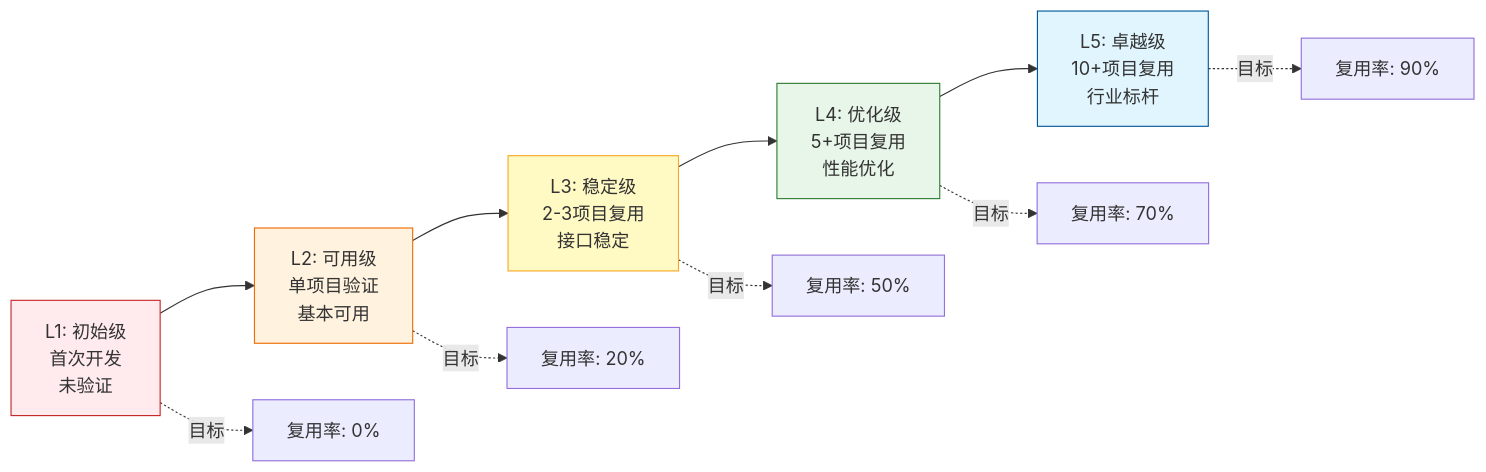
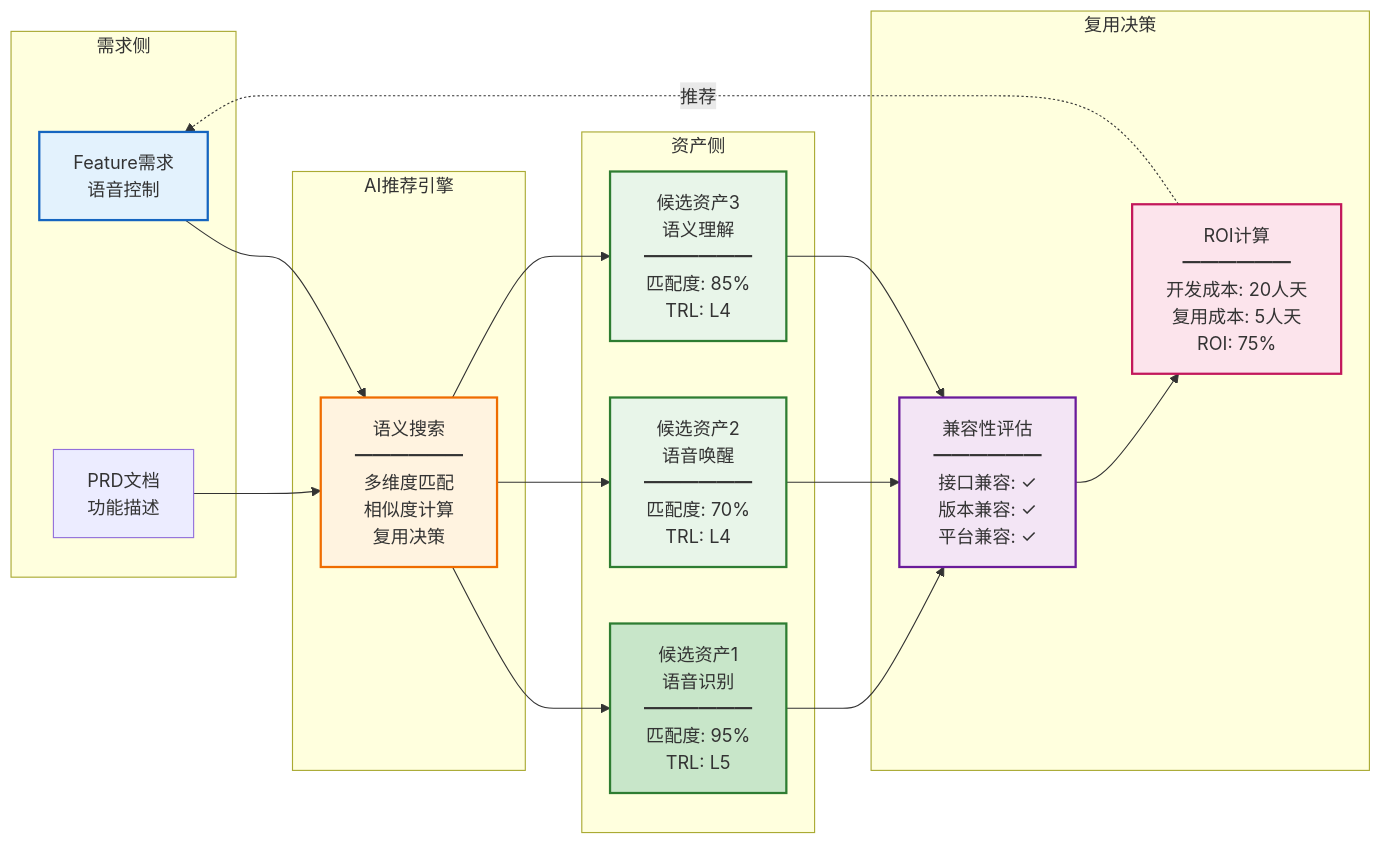
Before and after one commit to zjx-immersion/auto-rd-platform-prototype: diagram 14 of 30 in platform-design/AUTO_RD_PLATFORM_DESIGN_MERMAID.md, drawn with Mermaid. The commit also changed other lines of this file, not shown here.

````diff
--- a/platform-design/AUTO_RD_PLATFORM_DESIGN_MERMAID.md
+++ b/platform-design/AUTO_RD_PLATFORM_DESIGN_MERMAID.md
@@ -800,19 +563,39 @@
 ```mermaid
 graph LR
-    L1[L1: 初始级<br/>首次开发<br/>未验证] --> L2[L2: 可用级<br/>单项目验证<br/>基本可用]
-    L2 --> L3[L3: 稳定级<br/>2-3项目复用<br/>接口稳定]
-    L3 --> L4[L4: 优化级<br/>5+项目复用<br/>性能优化]
-    L4 --> L5[L5: 卓越级<br/>10+项目复用<br/>行业标杆]
+    subgraph 需求侧
+        R1[Feature需求<br/>语音控制]
+        R2[PRD文档<br/>功能描述]
+    end
 
-    L1 -.->|目标| Target1[复用率: 0%]
-    L2 -.->|目标| Target2[复用率: 20%]
-    L3 -.->|目标| Target3[复用率: 50%]
-    L4 -.->|目标| Target4[复用率: 70%]
-    L5 -.->|目标| Target5[复用率: 90%]
+    subgraph AI推荐引擎
+        AI[语义搜索<br/>━━━━━━<br/>多维度匹配<br/>相似度计算<br/>复用决策]
+    end
 
-    style L1 fill:#ffebee,stroke:#c62828
-    style L2 fill:#fff3e0,stroke:#ef6c00
-    style L3 fill:#fff9c4,stroke:#f9a825
-    style L4 fill:#e8f5e9,stroke:#2e7d32
-    style L5 fill:#e1f5fe,stroke:#01579b
+    subgraph 资产侧
+        A1[候选资产1<br/>语音识别<br/>━━━━━━<br/>匹配度: 95%<br/>TRL: L5]
+        
+        A2[候选资产2<br/>语音唤醒<br/>━━━━━━<br/>匹配度: 70%<br/>TRL: L4]
+        
+        A3[候选资产3<br/>语义理解<br/>━━━━━━<br/>匹配度: 85%<br/>TRL: L4]
+    end
+
+    subgraph 复用决策
+        D1[兼容性评估<br/>━━━━━━<br/>接口兼容: ✓<br/>版本兼容: ✓<br/>平台兼容: ✓]
+        
+        D2[ROI计算<br/>━━━━━━<br/>开发成本: 20人天<br/>复用成本: 5人天<br/>ROI: 75%]
+    end
+
+    R1 & R2 --> AI
+    AI --> A1 & A2 & A3
+    A1 & A2 & A3 --> D1
+    D1 --> D2
+    D2 -.推荐.-> R1
+
+    style R1 fill:#e3f2fd,stroke:#1565c0,stroke-width:2px
+    style AI fill:#fff3e0,stroke:#ef6c00,stroke-width:2px
+    style A1 fill:#c8e6c9,stroke:#2e7d32,stroke-width:2px
+    style A2 fill:#e8f5e9,stroke:#2e7d32,stroke-width:2px
+    style A3 fill:#e8f5e9,stroke:#2e7d32,stroke-width:2px
+    style D1 fill:#f3e5f5,stroke:#6a1b9a,stroke-width:2px
+    style D2 fill:#fce4ec,stroke:#c2185b,stroke-width:2px
 ```
````
